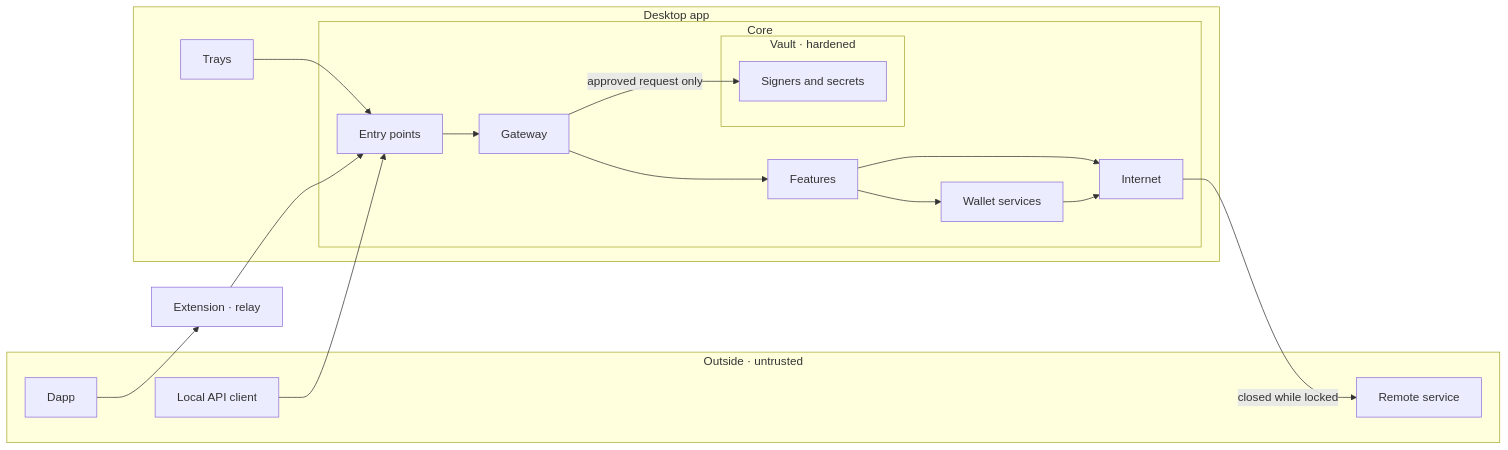
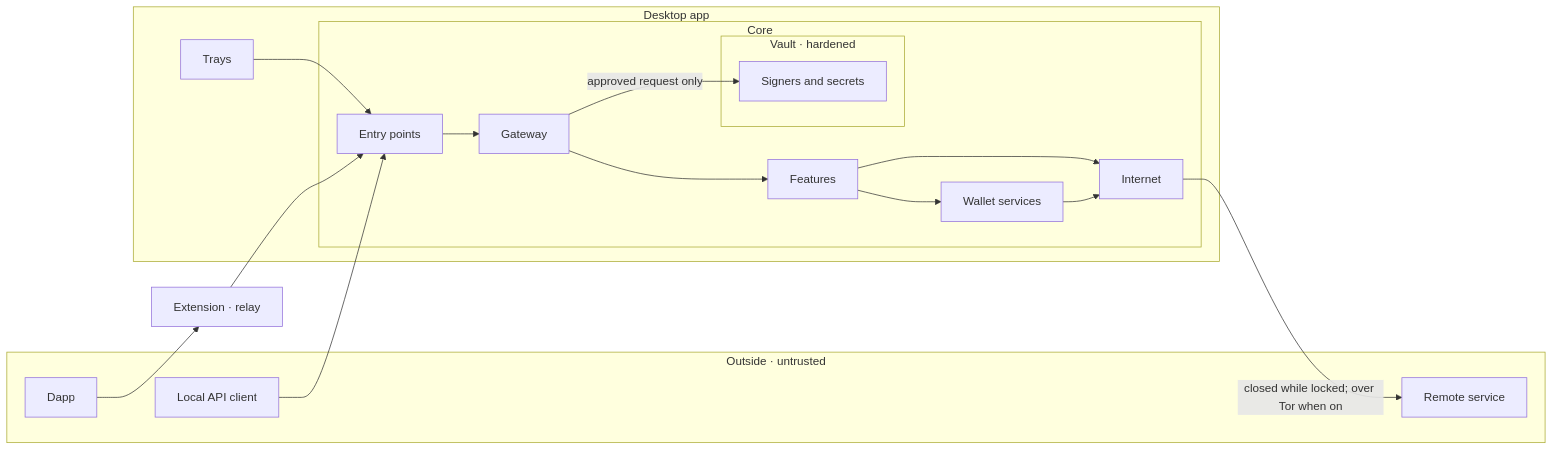
Before and after one commit to WardenJakx/newframe: the first of 2 diagrams in docs/architecture.md, drawn with Mermaid. The commit also changed other lines of this file and 45 other files, not shown here.

Commit message:
Route outbound traffic through bundled Tor when enabled (#268)

````diff
--- a/docs/architecture.md
+++ b/docs/architecture.md
@@ -28,28 +28,28 @@
 ```mermaid
 flowchart LR
   subgraph outside[Outside · untrusted]
     dapp[Dapp]
     client[Local API client]
     remote[Remote service]
   end
   ext[Extension · relay]
   subgraph app[Desktop app]
     trays[Trays]
     subgraph core[Core]
       entry[Entry points] --> gateway[Gateway]
       gateway --> features[Features]
       features --> services[Wallet services]
       subgraph vault[Vault · hardened]
         signers[Signers and secrets]
       end
       gateway -->|approved request only| signers
       internet[Internet]
     end
   end
   dapp --> ext --> entry
   client --> entry
   trays --> entry
   services --> internet
   features --> internet
-  internet -->|closed while locked| remote
+  internet -->|closed while locked; over Tor when on| remote
 ```
````
